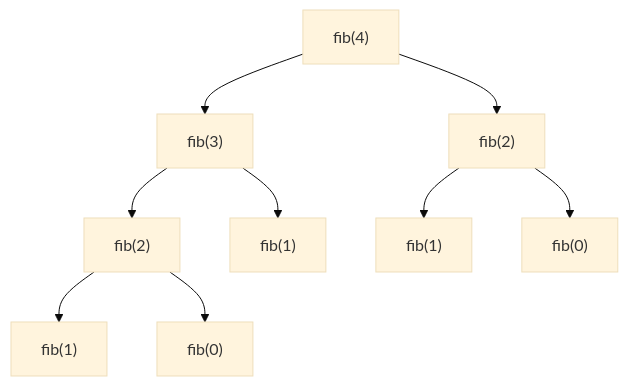
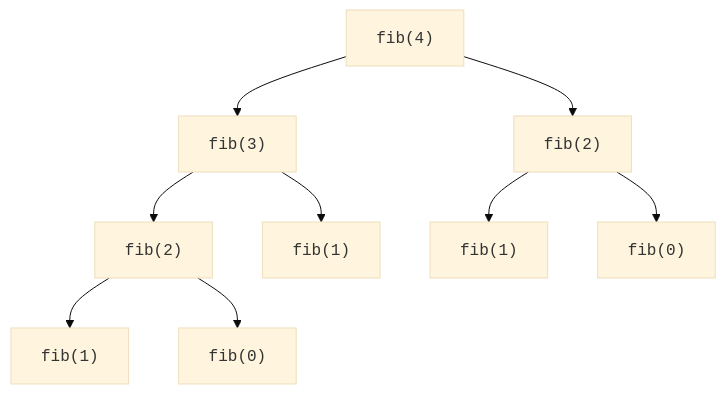
Before and after one commit to dataslope/dataslope: the second of 2 diagrams in content/learn/mastering-dsa-cpp/recursion.mdx, drawn with Mermaid (base theme). The commit also changed 153 other files, not shown here.

First line of the commit message:
Render code-only mermaid shapes in monospace; convert step sequences to Steps

````diff
--- a/content/learn/mastering-dsa-cpp/recursion.mdx
+++ b/content/learn/mastering-dsa-cpp/recursion.mdx
@@ -82,11 +82,11 @@
 ```mermaid
 graph TD
-    A["fib(4)"] --> B["fib(3)"]
-    A --> C["fib(2)"]
-    B --> D["fib(2)"]
-    B --> E["fib(1)"]
-    C --> F["fib(1)"]
-    C --> G["fib(0)"]
-    D --> H["fib(1)"]
-    D --> I["fib(0)"]
+    A["<code>fib(4)</code>"] --> B["<code>fib(3)</code>"]
+    A --> C["<code>fib(2)</code>"]
+    B --> D["<code>fib(2)</code>"]
+    B --> E["<code>fib(1)</code>"]
+    C --> F["<code>fib(1)</code>"]
+    C --> G["<code>fib(0)</code>"]
+    D --> H["<code>fib(1)</code>"]
+    D --> I["<code>fib(0)</code>"]
 ```
````
